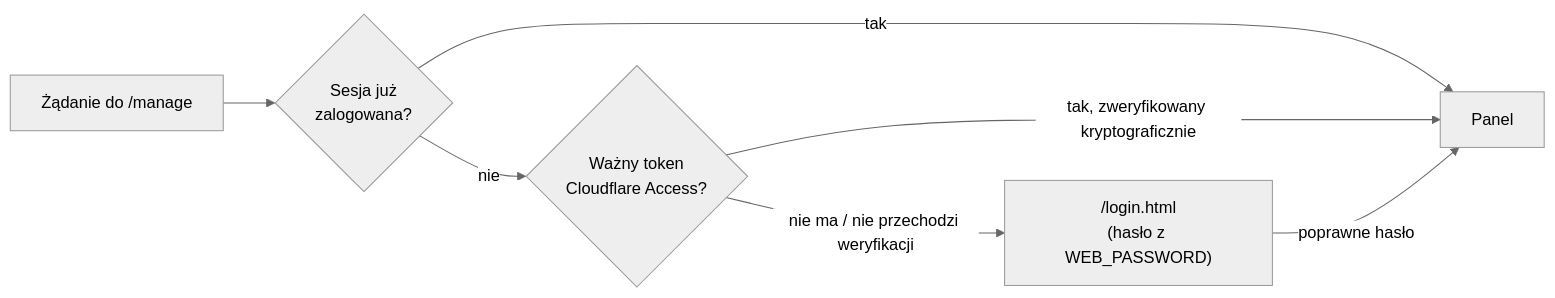
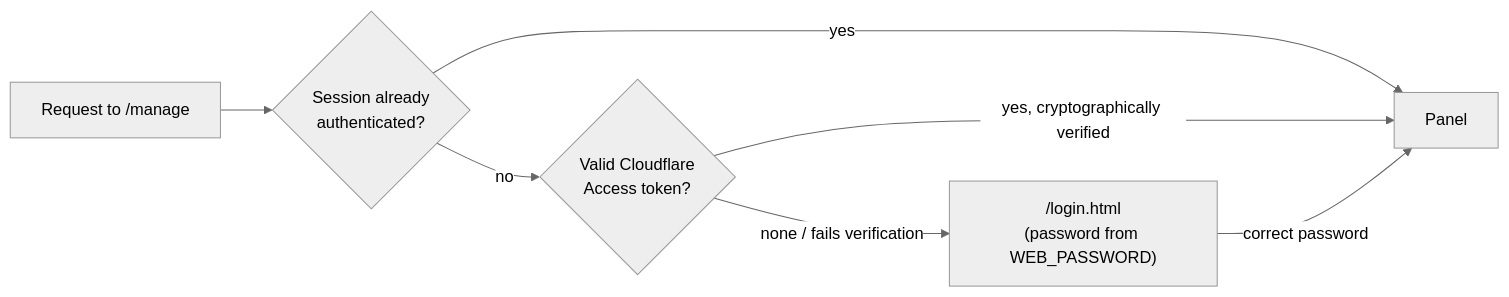
The second of 6 diagrams in README.md (mrfroncu/mcwake), drawn with Mermaid (neutral theme) before and after one commit. The commit also changed other lines of this file, not shown here.

````diff
--- a/README.md
+++ b/README.md
@@ -139,9 +142,9 @@
 ```mermaid
 flowchart LR
-    req["Żądanie do /manage"] --> sess{"Sesja już\nzalogowana?"}
-    sess -->|tak| ok["Panel"]
-    sess -->|nie| cf{"Ważny token\nCloudflare Access?"}
-    cf -->|tak, zweryfikowany kryptograficznie| ok
-    cf -->|nie ma / nie przechodzi weryfikacji| login["/login.html\n(hasło z WEB_PASSWORD)"]
-    login -->|poprawne hasło| ok
+    req["Request to /manage"] --> sess{"Session already\nauthenticated?"}
+    sess -->|yes| ok["Panel"]
+    sess -->|no| cf{"Valid Cloudflare\nAccess token?"}
+    cf -->|yes, cryptographically verified| ok
+    cf -->|none / fails verification| login["/login.html\n(password from WEB_PASSWORD)"]
+    login -->|correct password| ok
 ```
````
